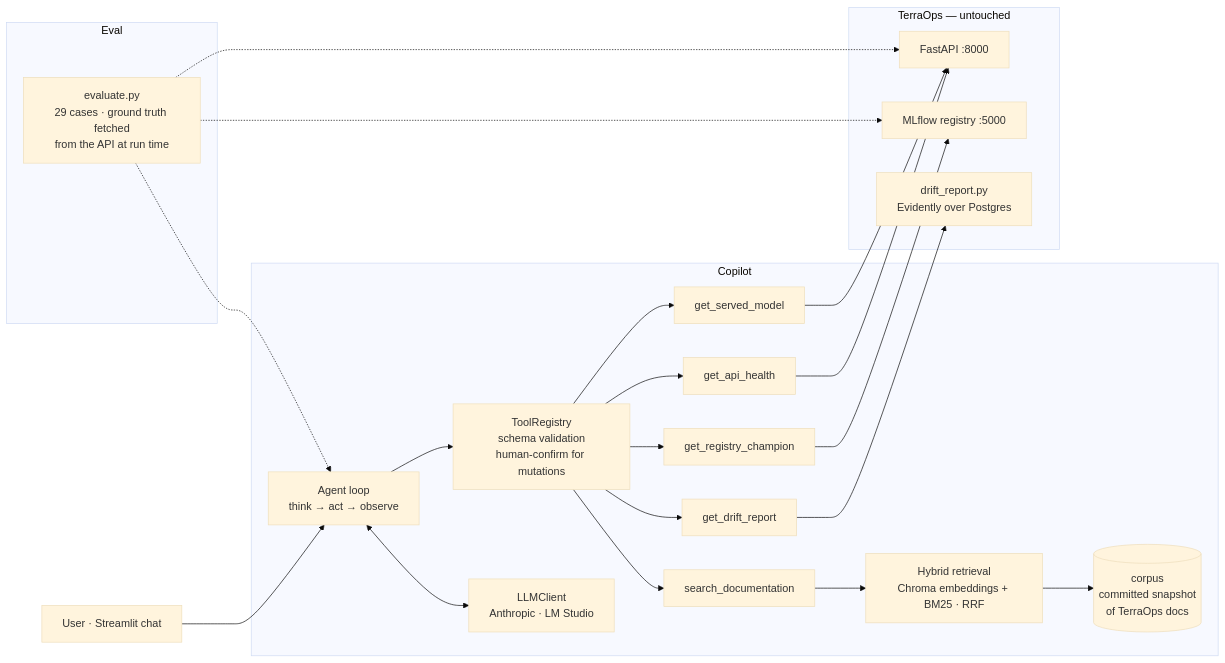
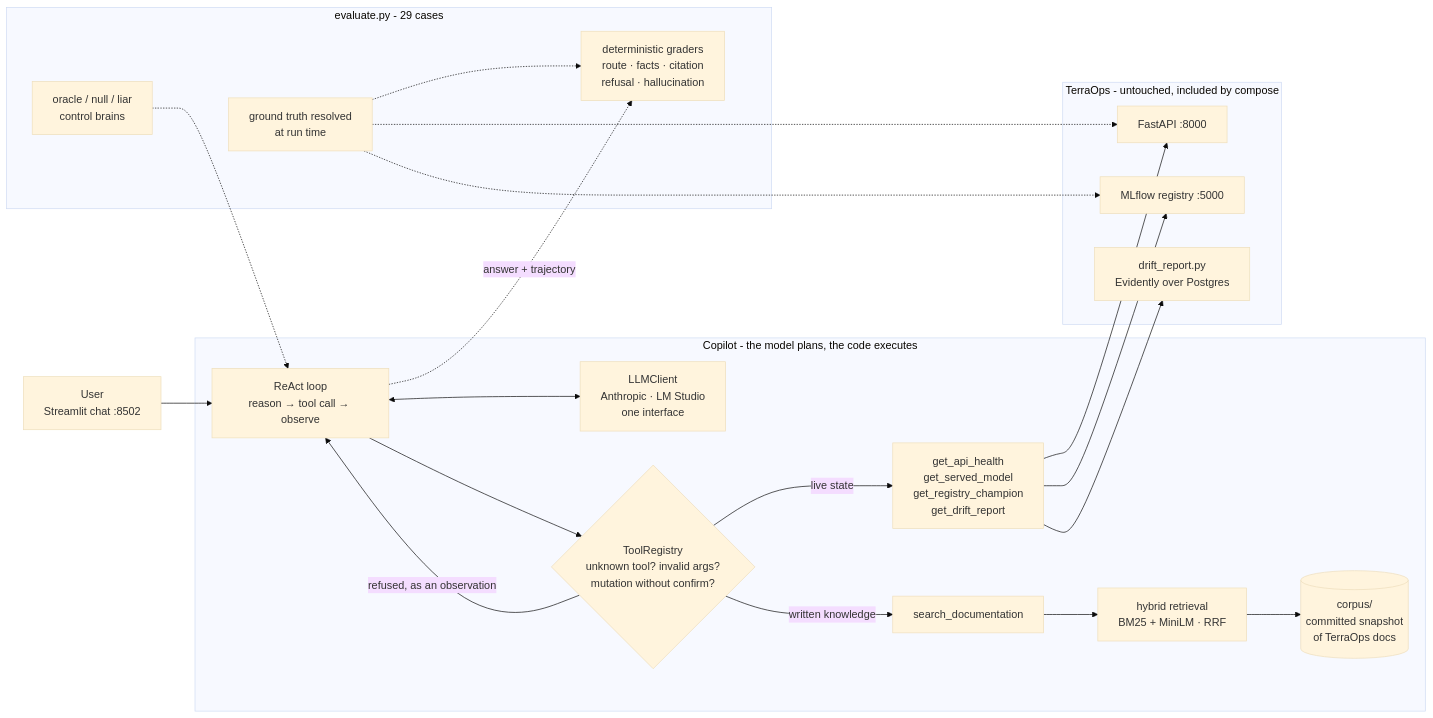
The diagram in README.md (D-Arslan/terraops-copilot), drawn with Mermaid (base theme) before and after one commit. The commit also changed other lines of this file and 18 other files, not shown here.

First line of the commit message:
docs: README to the portfolio template, DESIGN.md, architecture SVG; corpus rebuilt from TerraOps public docs; personal files untracked

````diff
--- a/README.md
+++ b/README.md
@@ -30,31 +51,28 @@
 ```mermaid
 flowchart LR
-    U[User · Streamlit chat] --> A
+    U[User<br/>Streamlit chat :8502] --> A
 
-    subgraph Copilot
-        A[Agent loop<br/>think → act → observe]
-        R[ToolRegistry<br/>schema validation<br/>human-confirm for mutations]
-        L[LLMClient<br/>Anthropic · LM Studio]
-        A <--> L
-        A --> R
-        R --> T1[get_api_health]
-        R --> T2[get_served_model]
-        R --> T3[get_registry_champion]
-        R --> T4[get_drift_report]
-        R --> T5[search_documentation]
-        T5 --> H[Hybrid retrieval<br/>Chroma embeddings + BM25 · RRF]
-        H --> C[(corpus<br/>committed snapshot<br/>of TerraOps docs)]
+    subgraph COPILOT["Copilot - the model plans, the code executes"]
+        A[ReAct loop<br/>reason → tool call → observe] <--> L[LLMClient<br/>Anthropic · LM Studio<br/>one interface]
+        A --> V{ToolRegistry<br/>unknown tool? invalid args?<br/>mutation without confirm?}
+        V -- refused, as an observation --> A
+        V -- live state --> T[get_api_health<br/>get_served_model<br/>get_registry_champion<br/>get_drift_report]
+        V -- written knowledge --> S[search_documentation]
+        S --> H[hybrid retrieval<br/>BM25 + MiniLM · RRF]
+        H --> C[(corpus/<br/>committed snapshot<br/>of TerraOps docs)]
     end
 
-    subgraph TerraOps  [TerraOps — untouched]
-        T1 & T2 --> API[FastAPI :8000]
-        T3 --> ML[MLflow registry :5000]
-        T4 --> DR[drift_report.py<br/>Evidently over Postgres]
+    subgraph TERRAOPS["TerraOps - untouched, included by compose"]
+        T --> API[FastAPI :8000]
+        T --> ML[MLflow registry :5000]
+        T --> DR[drift_report.py<br/>Evidently over Postgres]
     end
 
-    subgraph Eval
-        E[evaluate.py<br/>29 cases · ground truth fetched<br/>from the API at run time] -.-> A
-        E -.-> API
-        E -.-> ML
+    subgraph EVAL["evaluate.py - 29 cases"]
+        GT[ground truth resolved<br/>at run time] -.-> API
+        GT -.-> ML
+        A -. answer + trajectory .-> G[deterministic graders<br/>route · facts · citation<br/>refusal · hallucination]
+        GT -.-> G
+        O[oracle / null / liar<br/>control brains] -.-> A
     end
 ```
````
